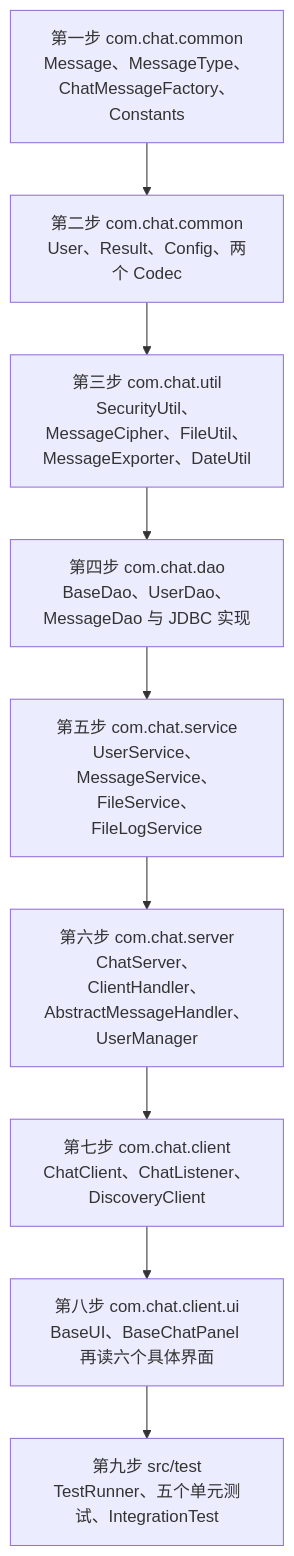
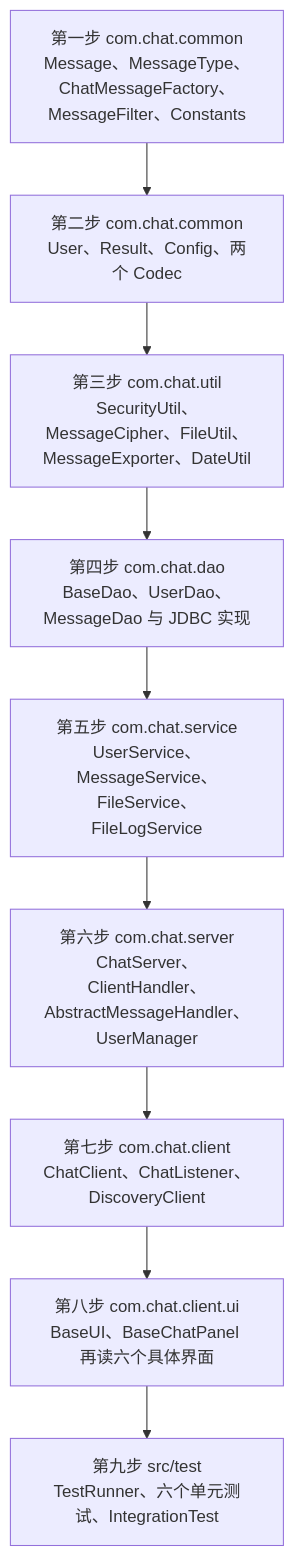
Before and after one commit to FeiTwnd/lanchat: diagram 11 of 11 in docs/design/04-实现说明.md, drawn with Mermaid. The commit also changed other lines of this file and 17 other files, not shown here.

````diff
--- a/docs/design/04-实现说明.md
+++ b/docs/design/04-实现说明.md
@@ -1071,11 +1130,11 @@
 ```mermaid
 flowchart TD
-    S1["第一步 com.chat.common<br/>Message、MessageType、ChatMessageFactory、Constants"] --> S2["第二步 com.chat.common<br/>User、Result、Config、两个 Codec"]
+    S1["第一步 com.chat.common<br/>Message、MessageType、ChatMessageFactory、MessageFilter、Constants"] --> S2["第二步 com.chat.common<br/>User、Result、Config、两个 Codec"]
     S2 --> S3["第三步 com.chat.util<br/>SecurityUtil、MessageCipher、FileUtil、MessageExporter、DateUtil"]
     S3 --> S4["第四步 com.chat.dao<br/>BaseDao、UserDao、MessageDao 与 JDBC 实现"]
     S4 --> S5["第五步 com.chat.service<br/>UserService、MessageService、FileService、FileLogService"]
     S5 --> S6["第六步 com.chat.server<br/>ChatServer、ClientHandler、AbstractMessageHandler、UserManager"]
     S6 --> S7["第七步 com.chat.client<br/>ChatClient、ChatListener、DiscoveryClient"]
     S7 --> S8["第八步 com.chat.client.ui<br/>BaseUI、BaseChatPanel 再读六个具体界面"]
-    S8 --> S9["第九步 src/test<br/>TestRunner、五个单元测试、IntegrationTest"]
+    S8 --> S9["第九步 src/test<br/>TestRunner、六个单元测试、IntegrationTest"]
 ```
````
